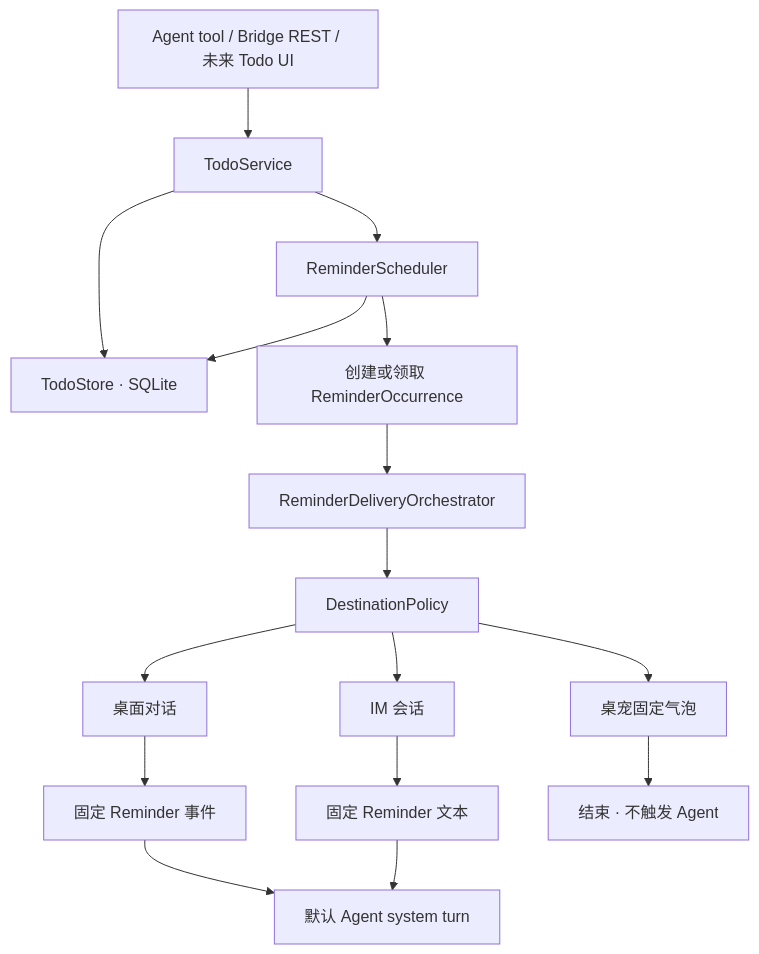
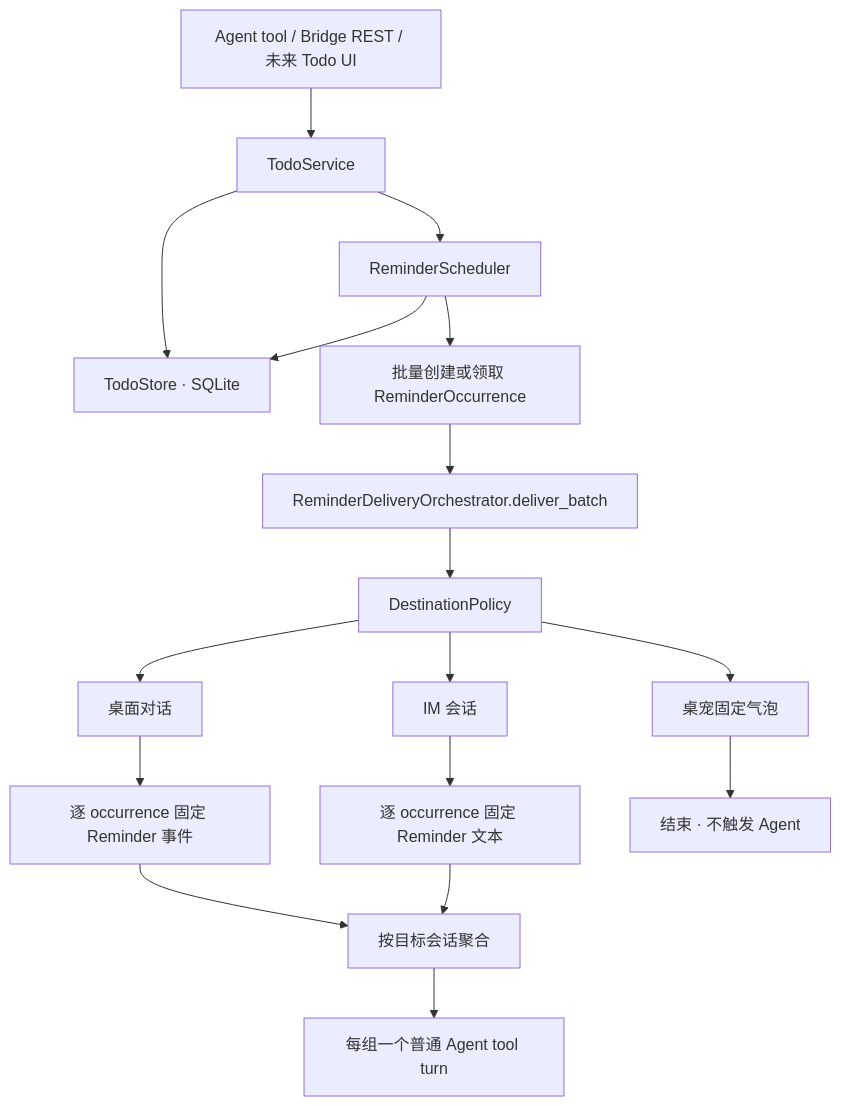
One commit to A1m233/agent-friend changed the first of 2 diagrams in docs/requirements/070-todo-management-and-reminders/design.md. Above: the diagram before and after it, drawn with Mermaid. The commit also changed other lines of this file and 44 other files, not shown here.

````diff
--- a/docs/requirements/070-todo-management-and-reminders/design.md
+++ b/docs/requirements/070-todo-management-and-reminders/design.md
@@ -57,18 +69,19 @@
 ```mermaid
 flowchart TD
     A["Agent tool / Bridge REST / 未来 Todo UI"] --> B["TodoService"]
     B --> C["TodoStore · SQLite"]
     B --> D["ReminderScheduler"]
     D --> C
-    D --> E["创建或领取 ReminderOccurrence"]
-    E --> F["ReminderDeliveryOrchestrator"]
+    D --> E["批量创建或领取 ReminderOccurrence"]
+    E --> F["ReminderDeliveryOrchestrator.deliver_batch"]
     F --> G["DestinationPolicy"]
     G --> H["桌面对话"]
     G --> I["IM 会话"]
     G --> J["桌宠固定气泡"]
-    H --> K["固定 Reminder 事件"]
-    I --> L["固定 Reminder 文本"]
-    K --> M["默认 Agent system turn"]
+    H --> K["逐 occurrence 固定 Reminder 事件"]
+    I --> L["逐 occurrence 固定 Reminder 文本"]
+    K --> M["按目标会话聚合"]
     L --> M
+    M --> O["每组一个普通 Agent tool turn"]
     J --> N["结束 · 不触发 Agent"]
 ```
````
